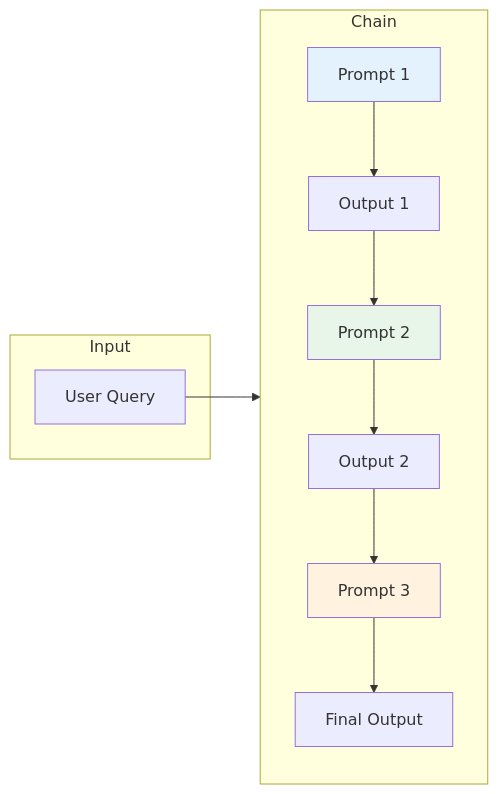
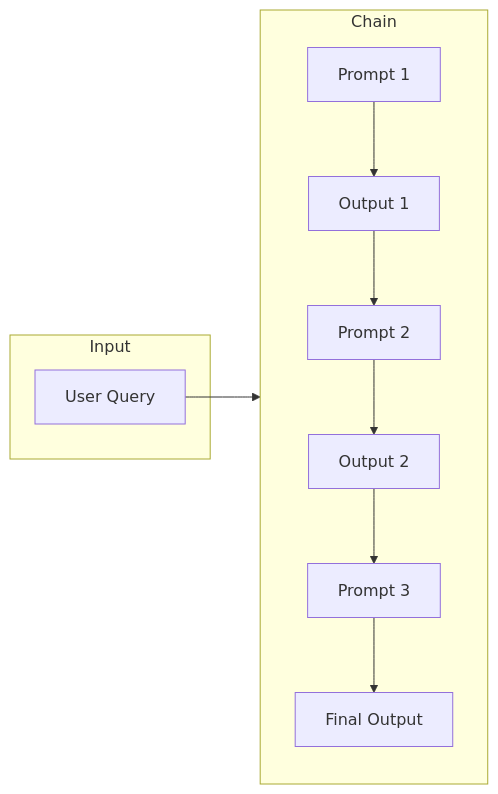
The second of 4 diagrams in 04-agents-tools-en.md (yuexiaoliang/prompt-engineering-learning), drawn with Mermaid before and after one commit. The commit also changed other lines of this file and 9 other files, not shown here.

First line of the commit message:
fix(prompt-engineering): remove hardcoded mermaid fill styles for theme auto-adaptation

````diff
--- a/04-agents-tools-en.md
+++ b/04-agents-tools-en.md
@@ -189,21 +189,17 @@
 ```mermaid
 flowchart LR
     subgraph Input
         Q[User Query]
     end
 
     subgraph Chain
         direction TB
         P1[Prompt 1] --> O1[Output 1]
         O1 --> P2[Prompt 2]
         P2 --> O2[Output 2]
         O2 --> P3[Prompt 3]
         P3 --> O3[Final Output]
     end
 
     Q --> P1
-
-    style P1 fill:#e3f2fd
-    style P2 fill:#e8f5e9
-    style P3 fill:#fff3e0
 ```
````
